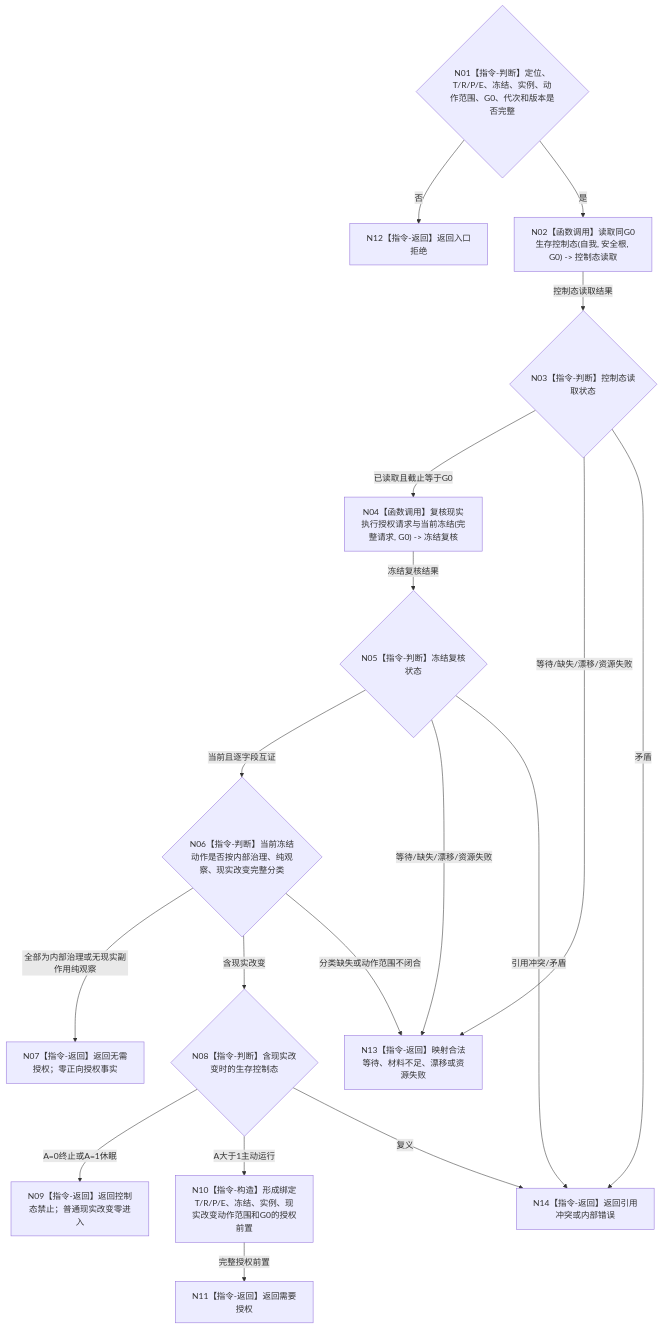
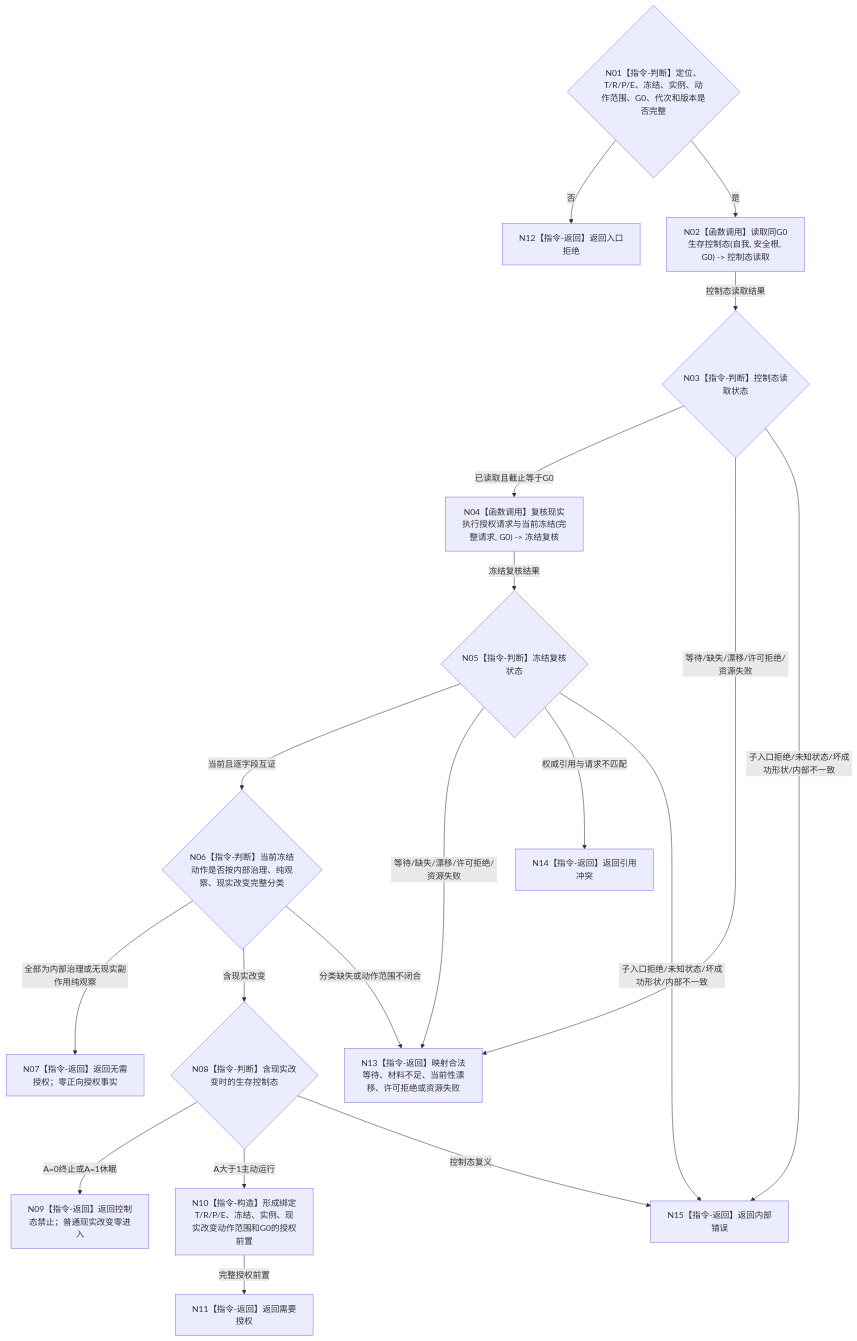
The diagram in 流程图/目标业务流程图/L2/BIZ-L2-002-05_裁决生存控制与现实执行授权前置_目标函数流程图_v0.2.md (chunhaizh-cyber/HY-Ego), drawn with Mermaid before and after one commit. The commit also changed other lines of this file and 1 other file, not shown here.

Commit message:
docs: 分账现实授权前置非成功结果

````diff
--- a/流程图/目标业务流程图/L2/BIZ-L2-002-05_裁决生存控制与现实执行授权前置_目标函数流程图_v0.2.md
+++ b/流程图/目标业务流程图/L2/BIZ-L2-002-05_裁决生存控制与现实执行授权前置_目标函数流程图_v0.2.md
@@ -33,35 +33,37 @@
 ```mermaid
 flowchart TD
     N01{"N01【指令-判断】定位、T/R/P/E、冻结、实例、动作范围、G0、代次和版本是否完整"}
     N02["N02【函数调用】读取同G0生存控制态(自我, 安全根, G0) -> 控制态读取"]
     N03{"N03【指令-判断】控制态读取状态"}
     N04["N04【函数调用】复核现实执行授权请求与当前冻结(完整请求, G0) -> 冻结复核"]
     N05{"N05【指令-判断】冻结复核状态"}
     N06{"N06【指令-判断】当前冻结动作是否按内部治理、纯观察、现实改变完整分类"}
     N07["N07【指令-返回】返回无需授权；零正向授权事实"]
     N08{"N08【指令-判断】含现实改变时的生存控制态"}
     N09["N09【指令-返回】返回控制态禁止；普通现实改变零进入"]
     N10["N10【指令-构造】形成绑定T/R/P/E、冻结、实例、现实改变动作范围和G0的授权前置"]
     N11["N11【指令-返回】返回需要授权"]
     N12["N12【指令-返回】返回入口拒绝"]
-    N13["N13【指令-返回】映射合法等待、材料不足、漂移或资源失败"]
-    N14["N14【指令-返回】返回引用冲突或内部错误"]
+    N13["N13【指令-返回】映射合法等待、材料不足、当前性漂移、许可拒绝或资源失败"]
+    N14["N14【指令-返回】返回引用冲突"]
+    N15["N15【指令-返回】返回内部错误"]
 
     N01 -->|否| N12
     N01 -->|是| N02
     N02 -->|控制态读取结果| N03
     N03 -->|已读取且截止等于G0| N04
     N04 -->|冻结复核结果| N05
-    N03 -->|等待/缺失/漂移/资源失败| N13
-    N03 -->|矛盾| N14
+    N03 -->|等待/缺失/漂移/许可拒绝/资源失败| N13
+    N03 -->|子入口拒绝/未知状态/坏成功形状/内部不一致| N15
     N05 -->|当前且逐字段互证| N06
-    N05 -->|等待/缺失/漂移/资源失败| N13
-    N05 -->|引用冲突/矛盾| N14
+    N05 -->|等待/缺失/漂移/许可拒绝/资源失败| N13
+    N05 -->|权威引用与请求不匹配| N14
+    N05 -->|子入口拒绝/未知状态/坏成功形状/内部不一致| N15
     N06 -->|全部为内部治理或无现实副作用纯观察| N07
     N06 -->|含现实改变| N08
     N06 -->|分类缺失或动作范围不闭合| N13
     N08 -->|A=0终止或A=1休眠| N09
     N08 -->|A大于1主动运行| N10
     N10 -->|完整授权前置| N11
-    N08 -->|复义| N14
+    N08 -->|控制态复义| N15
 ```
````
